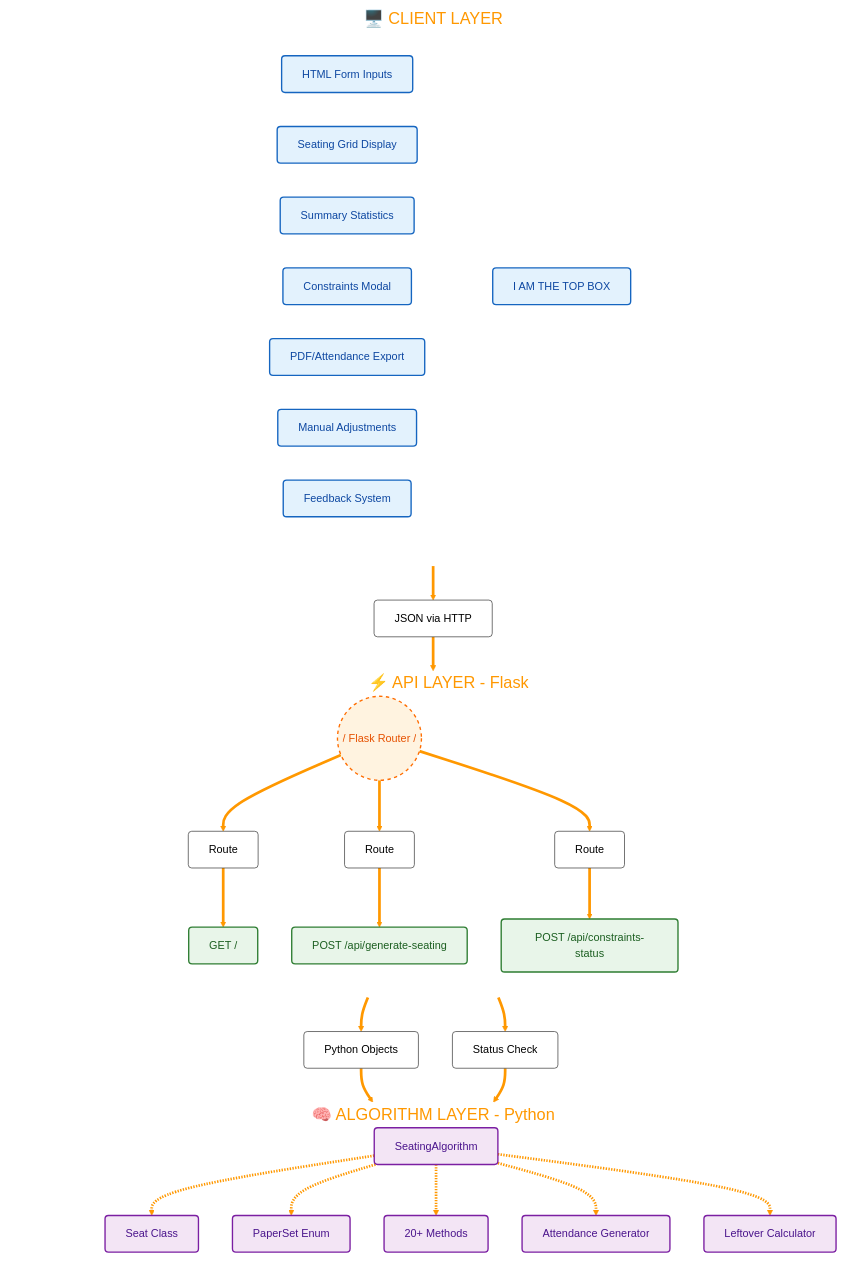
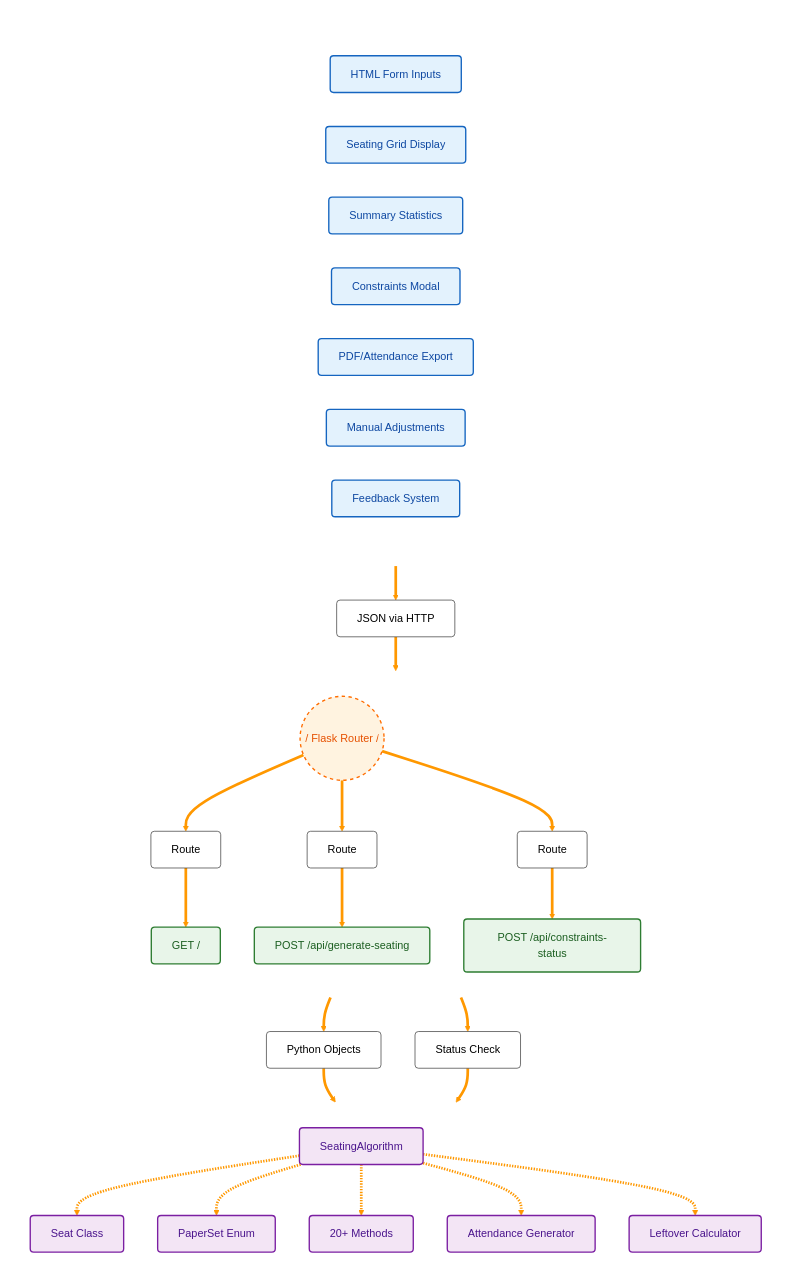
The first of 11 diagrams in Frontend/docs/docs/system-architecture.md (Harshit7623/seat-allocation-sys), drawn with Mermaid (forest theme) before and after one commit. The commit also changed other lines of this file and 7 other files, not shown here.

```diff
--- a/Frontend/docs/docs/system-architecture.md
+++ b/Frontend/docs/docs/system-architecture.md
@@ -24,11 +26,11 @@
     linkStyle default stroke:#ff9800,stroke-width:4px,fill:none
 
     %% CLIENT LAYER (Horizontal)
-    subgraph Client["<div style='font-size: 24px; color: #ff9800;'>🖥️ CLIENT LAYER<br/><br/></div>"]
+    subgraph Client[" "]
  direction TB
         style Client fill:transparent,stroke-width:0px,color:#ff9800
         %% --- 1. THE NEW BOX ABOVE ---
-        NEW_BOX["I AM THE TOP BOX"]:::client
+        
         %% --- 2. THE ROW BELOW (Nested Subgraph) ---
         subgraph ClientRow[" "]
             direction LR
@@ -46,7 +48,7 @@
        
     %% API LAYER (Vertical with Router)
     %% Moved label to side using spaces to avoid arrow overlap
-    subgraph API["<div style='font-size: 24px; color: #ff9800; padding-left: 45px;'>⚡ API LAYER - Flask</div>"]
+    subgraph API[" "]
         direction TB
         style API fill:transparent,stroke-width:0px,color:#ff9800
         
@@ -68,10 +70,9 @@
     
     %% ALGORITHM LAYER (Bottom)
     %% Shift Left via padding-right
-    subgraph Algorithm["<div style='font-size: 24px; color: #ff9800; '>🧠 ALGORITHM LAYER - Python</div>"]
+    subgraph Algorithm[" "]
         direction TB
         style Algorithm fill:transparent,stroke-width:0px,color:#ff9800
-        BLANK_BOX[" "]:::transparentBox
 
         
         SA["SeatingAlgorithm"]:::algo
```
